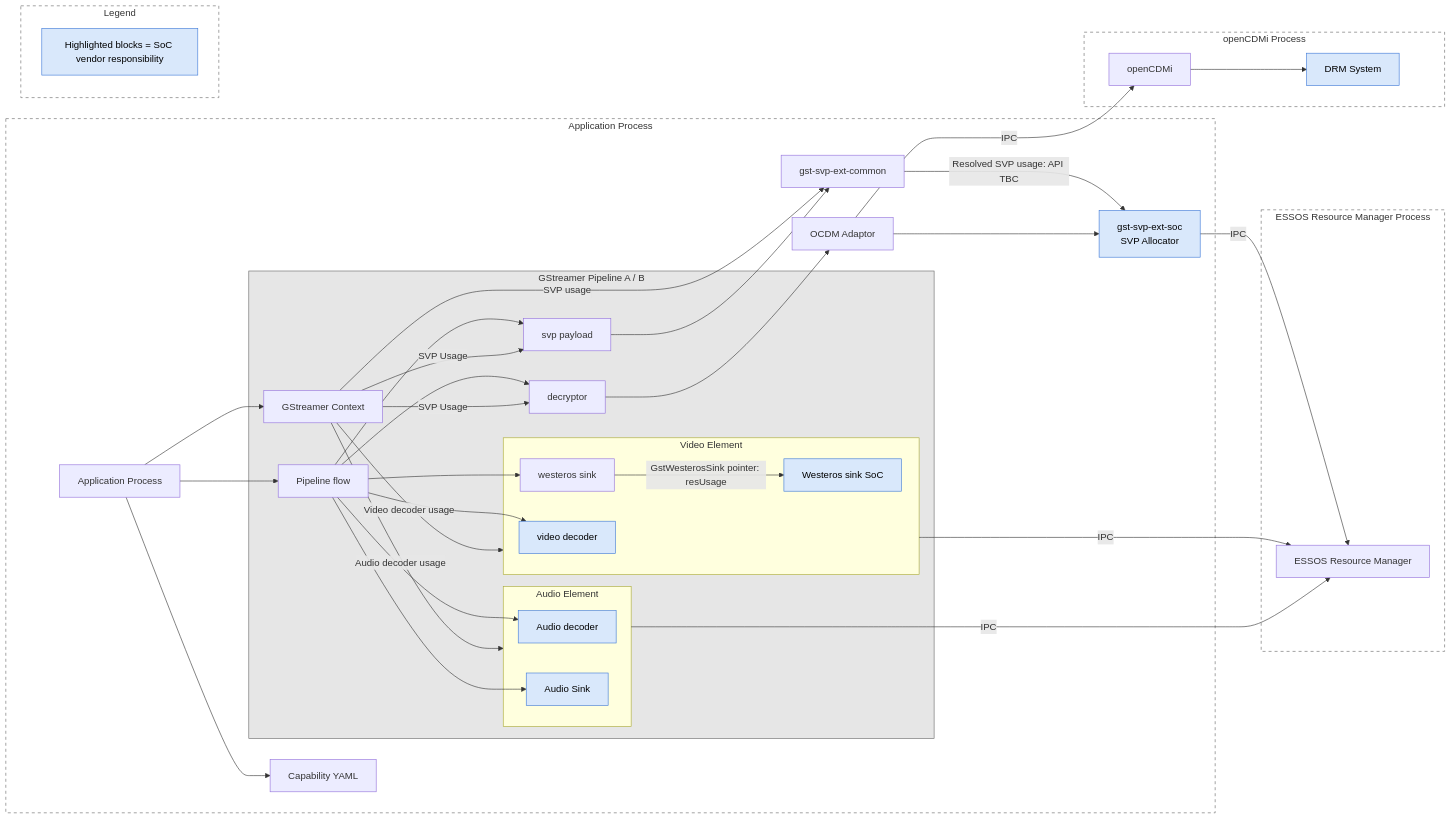
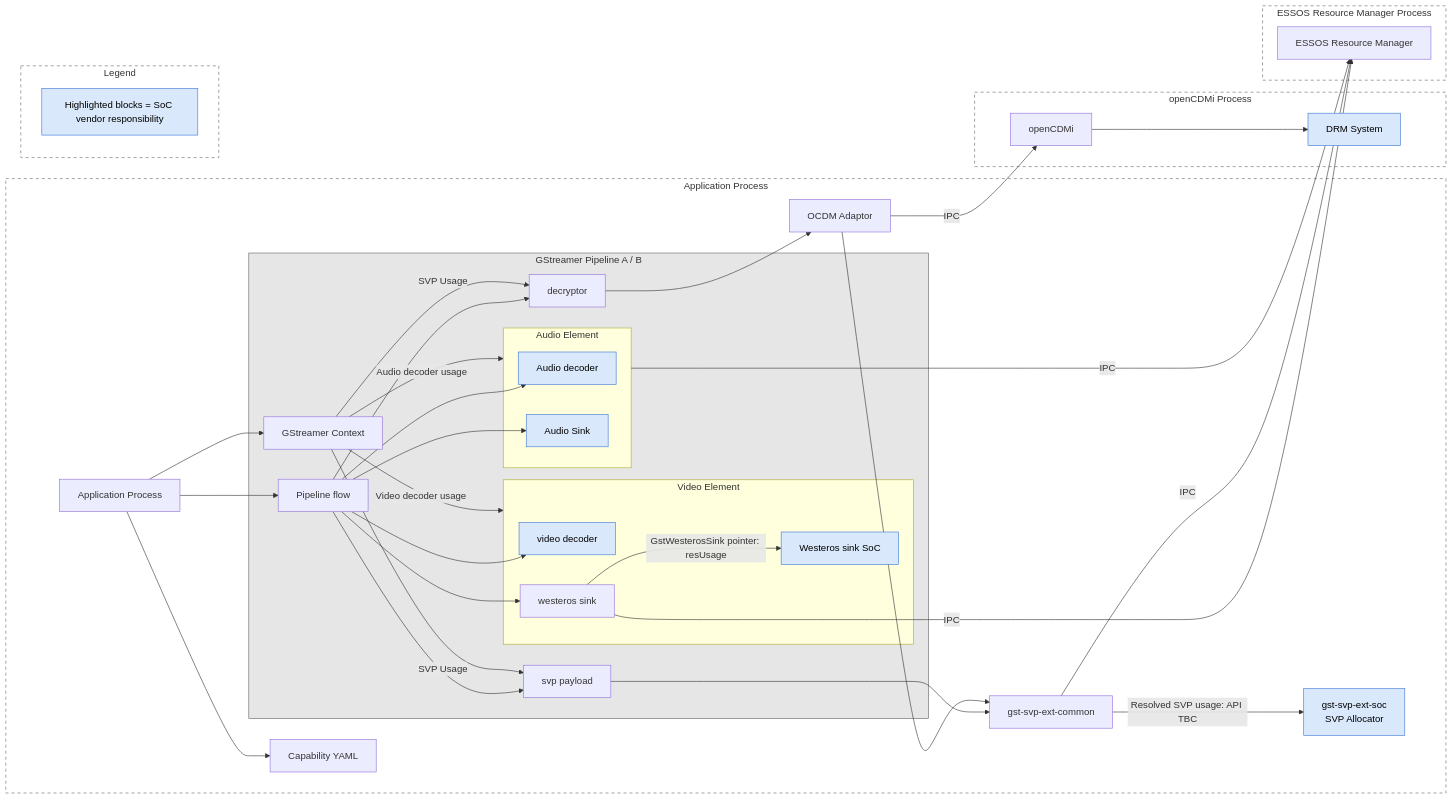
One commit to rdkcentral/rdk-hpk-documentation changed the first of 9 diagrams in doc/SPECIFICATION-dual-decode-legacy-av-hal-extension.md. Above: the diagram before and after it, drawn with Mermaid. The commit also changed other lines of this file, not shown here.

````diff
--- a/doc/SPECIFICATION-dual-decode-legacy-av-hal-extension.md
+++ b/doc/SPECIFICATION-dual-decode-legacy-av-hal-extension.md
@@ -54,73 +56,72 @@
 ```mermaid
 graph LR
     subgraph APP[Application Process]
         App[Application Process]
         subgraph GSTP[GStreamer Pipeline A / B]
             GST[Pipeline flow]
             Ctx[GStreamer Context]
             DEC[decryptor]
             SVPP[svp payload]
             subgraph VE[Video Element]
                 VDEC[video decoder]
                 WSU[westeros sink]
                 WSOC[Westeros sink SoC]
             end
             subgraph AE[Audio Element]
                 ADEC[Audio decoder]
                 ASINK[Audio Sink]
             end
         end
         App --> GST
         GST --> DEC
         GST --> SVPP
         GST --> VDEC
         GST --> WSU
         GST --> ADEC
         GST --> ASINK
         App --> Ctx
         Ctx -->|SVP Usage| DEC
         Ctx -->|SVP Usage| SVPP
-        Ctx -->|SVP usage| SVPC
         Ctx -->|Video decoder usage| VE
         Ctx -->|Audio decoder usage| AE
         App --> YAML[Capability YAML]
         DEC --> OCDM[OCDM Adaptor]
         SVPP --> SVPC[gst-svp-ext-common]
         SVPC -->|Resolved SVP usage: API TBC| SVPE[gst-svp-ext-soc<br/>SVP Allocator]
         WSU -->|GstWesterosSink pointer: resUsage| WSOC
-        OCDM --> SVPE
+        OCDM --> SVPC
     end
 
     subgraph OCP[openCDMi Process]
         OPENCDM[openCDMi]
         DRM[DRM System]
     end
 
     subgraph LEG[Legend]
         LRESP[Highlighted blocks = SoC vendor responsibility]
     end
 
     OCDM -->|IPC| OPENCDM
     OPENCDM --> DRM
 
     subgraph RMP[ESSOS Resource Manager Process]
         RM[ESSOS Resource Manager]
     end
 
-    VE -->|IPC| RM
+    WSU -->|IPC| RM
     AE -->|IPC| RM
-    SVPE -->|IPC| RM
+    SVPC -->|IPC| RM
 
     style APP fill:none,stroke:#666,stroke-width:1px,stroke-dasharray: 5 5
     style GSTP fill:#e6e6e6,stroke:#666,stroke-width:1px
     style LEG fill:none,stroke:#666,stroke-width:1px,stroke-dasharray: 5 5
     style OCP fill:none,stroke:#666,stroke-width:1px,stroke-dasharray: 5 5
     style RMP fill:none,stroke:#666,stroke-width:1px,stroke-dasharray: 5 5
     style VDEC fill:#d9e8fb,stroke:#3c78d8,stroke-width:1px,color:#000
     style WSOC fill:#d9e8fb,stroke:#3c78d8,stroke-width:1px,color:#000
     style ADEC fill:#d9e8fb,stroke:#3c78d8,stroke-width:1px,color:#000
     style ASINK fill:#d9e8fb,stroke:#3c78d8,stroke-width:1px,color:#000
     style SVPE fill:#d9e8fb,stroke:#3c78d8,stroke-width:1px,color:#000
     style DRM fill:#d9e8fb,stroke:#3c78d8,stroke-width:1px,color:#000
     style LRESP fill:#d9e8fb,stroke:#3c78d8,stroke-width:1px,color:#000
 ```
````
